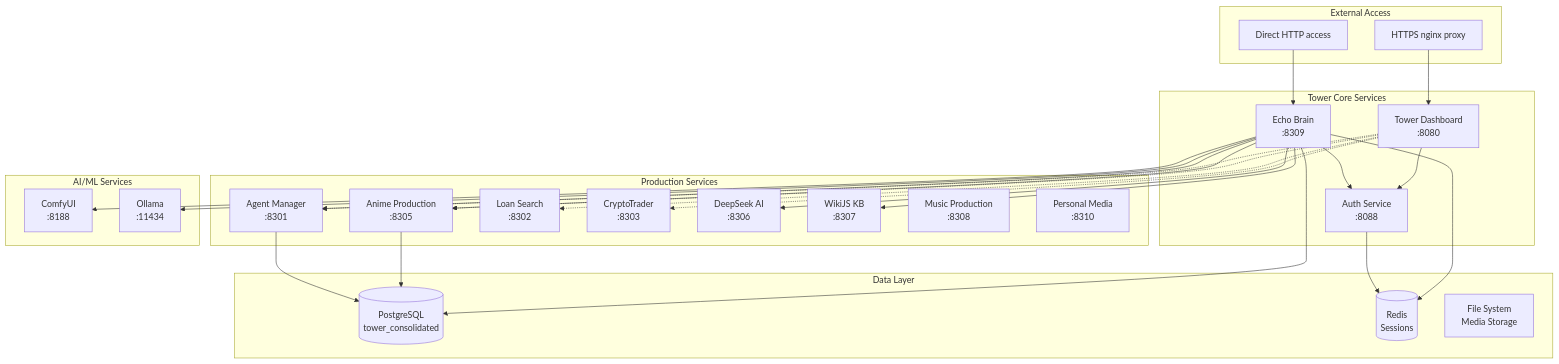
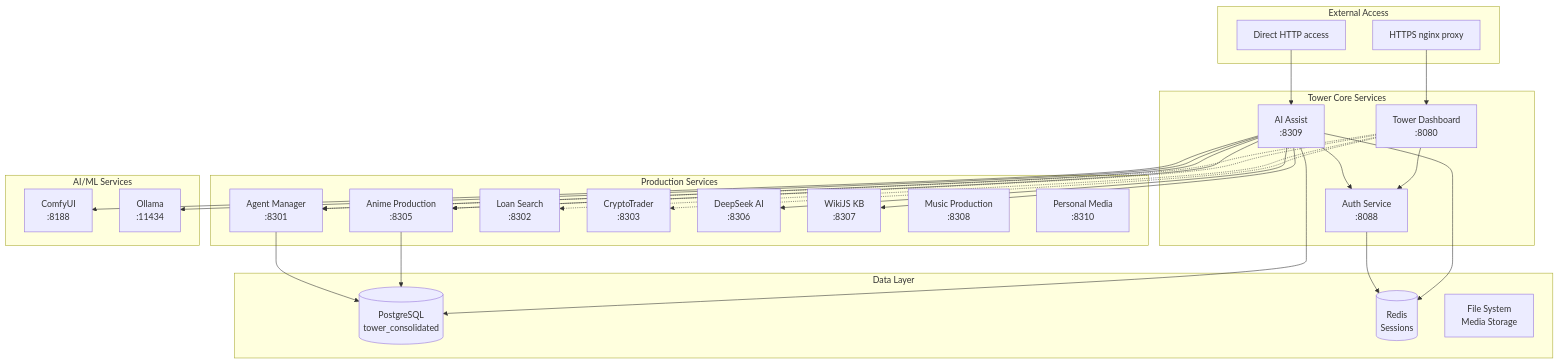
One commit to pvestal/tower-echo-brain changed the first of 3 diagrams in docs/tower-integration-patterns.md. Above: the diagram before and after it, drawn with Mermaid. The commit also changed other lines of this file and 107 other files, not shown here.

````diff
--- a/docs/tower-integration-patterns.md
+++ b/docs/tower-integration-patterns.md
@@ -42,58 +42,58 @@
 ```mermaid
 graph TB
     subgraph "External Access"
         HTTPS[HTTPS nginx proxy]
         HTTP[Direct HTTP access]
     end
 
     subgraph "Tower Core Services"
         TD[Tower Dashboard<br/>:8080]
         AUTH[Auth Service<br/>:8088]
-        EB[Echo Brain<br/>:8309]
+        EB[AI Assist<br/>:8309]
     end
 
     subgraph "Production Services"
         AP[Anime Production<br/>:8305]
         AM[Agent Manager<br/>:8301]
         LS[Loan Search<br/>:8302]
         CT[CryptoTrader<br/>:8303]
         DS[DeepSeek AI<br/>:8306]
         KB[WikiJS KB<br/>:8307]
         MP[Music Production<br/>:8308]
         PM[Personal Media<br/>:8310]
     end
 
     subgraph "AI/ML Services"
         COMFY[ComfyUI<br/>:8188]
         OLLAMA[Ollama<br/>:11434]
     end
 
     subgraph "Data Layer"
         PG[(PostgreSQL<br/>tower_consolidated)]
         REDIS[(Redis<br/>Sessions)]
         FS[File System<br/>Media Storage]
     end
 
     HTTPS --> TD
     HTTP --> EB
     TD --> AUTH
     EB --> AUTH
     EB --> OLLAMA
     EB --> PG
 
     TD -.-> AP
     TD -.-> AM
     TD -.-> LS
     TD -.-> CT
 
     EB --> AP
     EB --> AM
     EB --> COMFY
     EB --> DS
     EB --> KB
 
     AP --> PG
     AM --> PG
     EB --> REDIS
     AUTH --> REDIS
 ```
````
